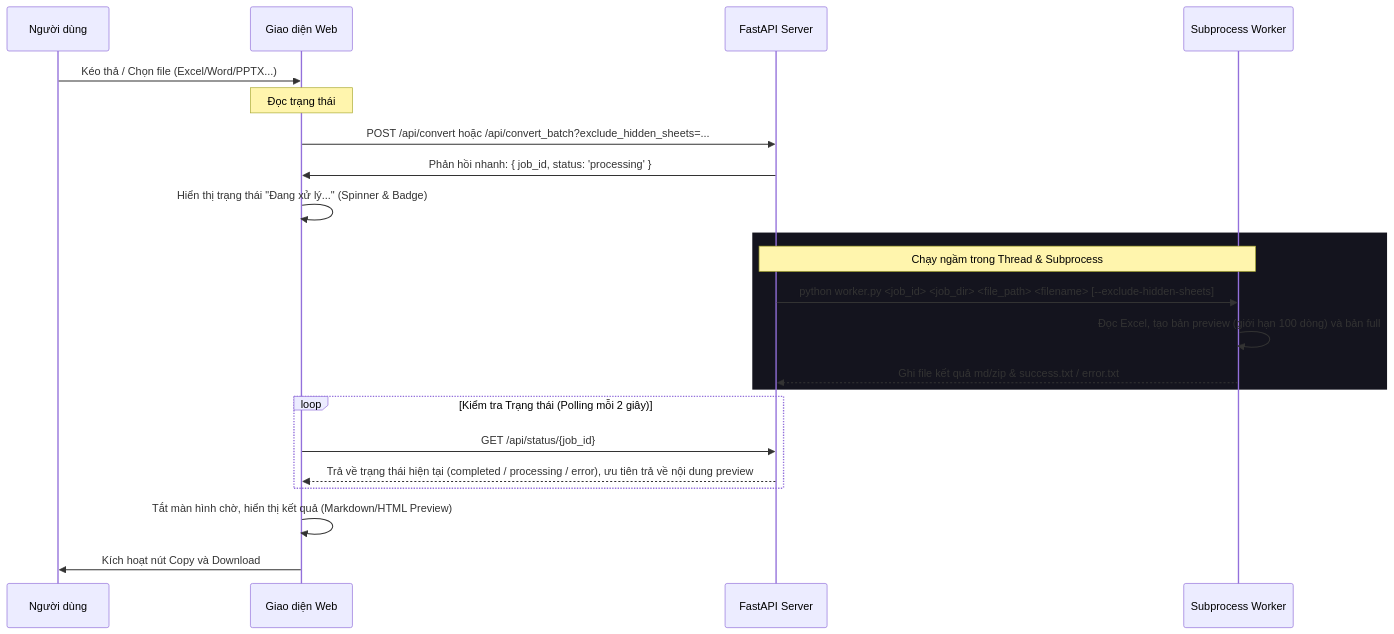
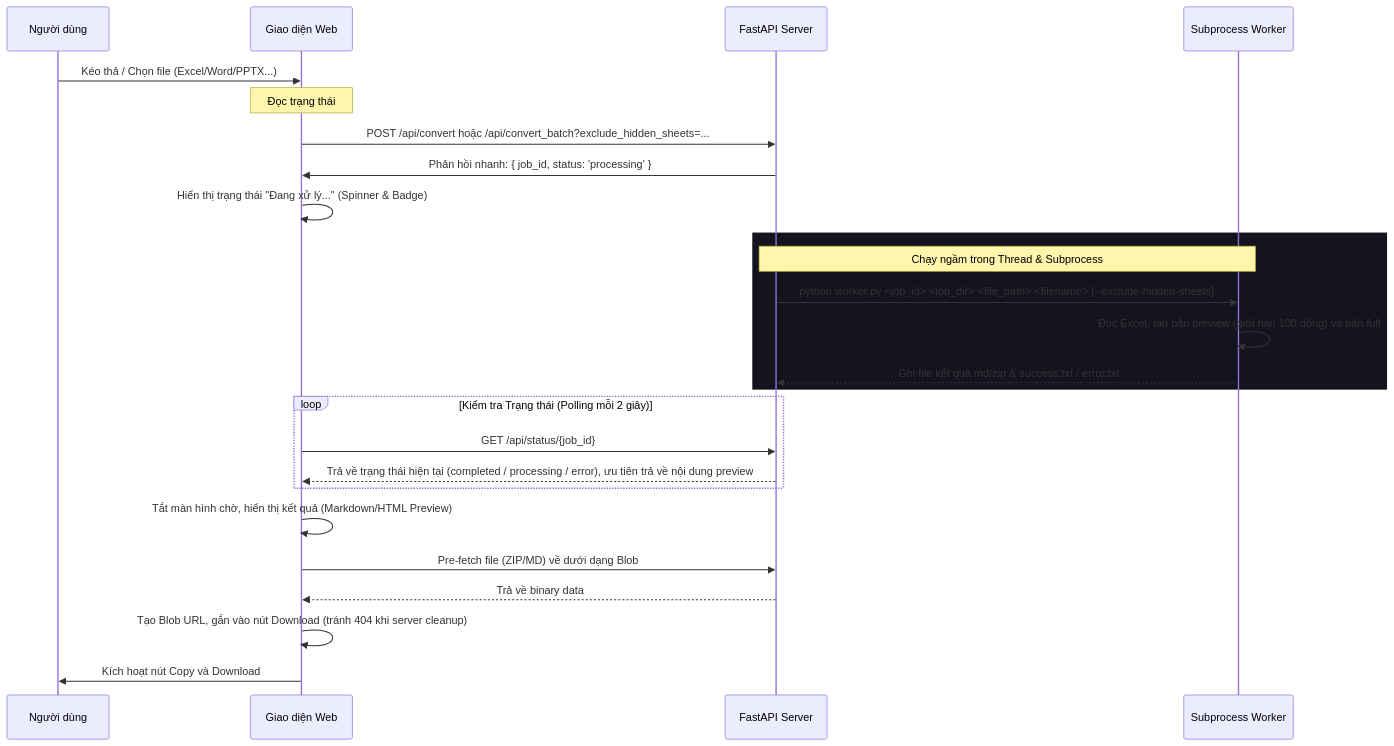
The second of 2 diagrams in structure/index_structure.md (huychiendev/office-md), drawn with Mermaid before and after one commit. The commit also changed 1 other file, not shown here.

Commit message:
fix: pre-fetch download as blob to prevent 404

````diff
--- a/structure/index_structure.md
+++ b/structure/index_structure.md
@@ -35,28 +35,31 @@
 ```mermaid
 sequenceDiagram
     participant User as Người dùng
     participant UI as Giao diện Web
     participant API as FastAPI Server
     participant Worker as Subprocess Worker
 
     User->>UI: Kéo thả / Chọn file (Excel/Word/PPTX...)
     Note over UI: Đọc trạng thái #chkExcludeHidden.checked
     UI->>API: POST /api/convert hoặc /api/convert_batch?exclude_hidden_sheets=...
     API->>UI: Phản hồi nhanh: { job_id, status: 'processing' }
     UI->>UI: Hiển thị trạng thái "Đang xử lý..." (Spinner & Badge)
     
     rect rgb(20, 20, 30)
         Note over API, Worker: Chạy ngầm trong Thread & Subprocess
         API->>Worker: python worker.py <job_id> <job_dir> <file_path> <filename> [--exclude-hidden-sheets]
         Worker->>Worker: Đọc Excel, tạo bản preview (giới hạn 100 dòng) và bản full
         Worker-->>API: Ghi file kết quả md/zip & success.txt / error.txt
     end
     
     loop Kiểm tra Trạng thái (Polling mỗi 2 giây)
         UI->>API: GET /api/status/{job_id}
         API-->>UI: Trả về trạng thái hiện tại (completed / processing / error), ưu tiên trả về nội dung preview
     end
     
     UI->>UI: Tắt màn hình chờ, hiển thị kết quả (Markdown/HTML Preview)
+    UI->>API: Pre-fetch file (ZIP/MD) về dưới dạng Blob
+    API-->>UI: Trả về binary data
+    UI->>UI: Tạo Blob URL, gắn vào nút Download (tránh 404 khi server cleanup)
     UI->>User: Kích hoạt nút Copy và Download
 ```
````
